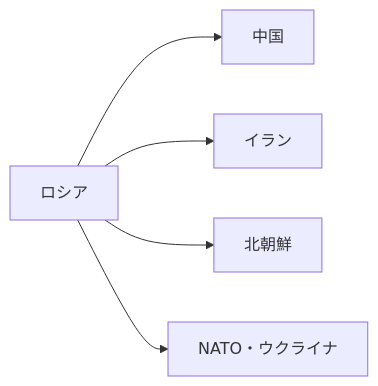
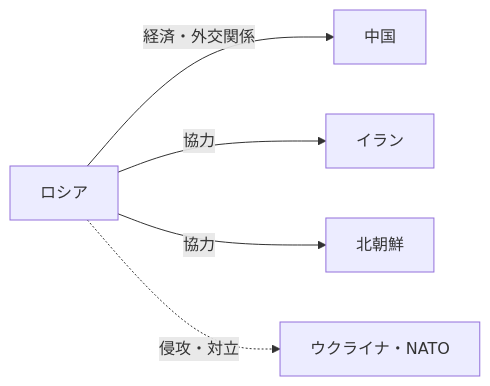
One commit to daylight55/research changed the third of 3 diagrams in articles/report/russia-geopolitical-profile/ja/index.mdx. Above: the diagram before and after it, drawn with Mermaid. The commit also changed other lines of this file and 181 other files, not shown here.

First line of the commit message:
全記事の図解368点を再生成し、共通注意書きを削除 (#402)

````diff
--- a/articles/report/russia-geopolitical-profile/ja/index.mdx
+++ b/articles/report/russia-geopolitical-profile/ja/index.mdx
@@ -82,7 +92,14 @@
 ```mermaid
 flowchart LR
-  A["ロシア"] --> B["中国"]
-  A --> C["イラン"]
-  A --> D["北朝鮮"]
-  A --> E["NATO・ウクライナ"]
+  accTitle: ロシアの協力相手と対立相手
+  accDescr: 中国・イラン・北朝鮮との協力と、ウクライナ・NATOとの対立は、異なる関係として示す。
+  N0["ロシア"]
+  N1["中国"]
+  N2["イラン"]
+  N3["北朝鮮"]
+  N4["ウクライナ・NATO"]
+  N0 -->|経済・外交関係| N1
+  N0 -->|協力| N2
+  N0 -->|協力| N3
+  N0 -.->|侵攻・対立| N4
 ```
````
